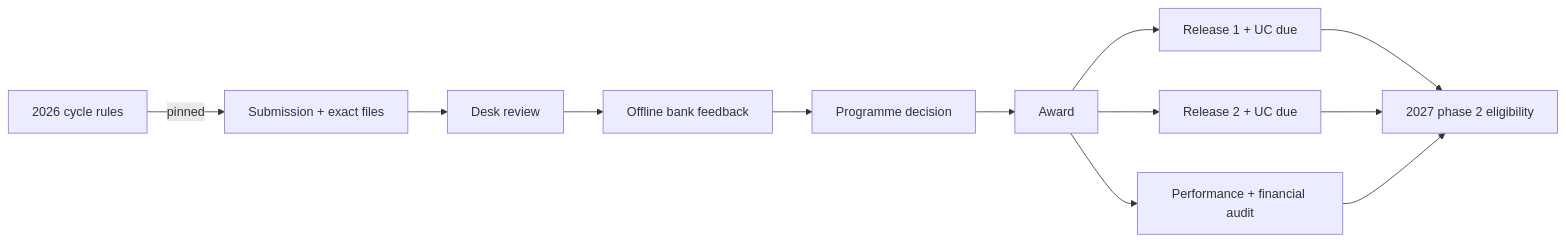
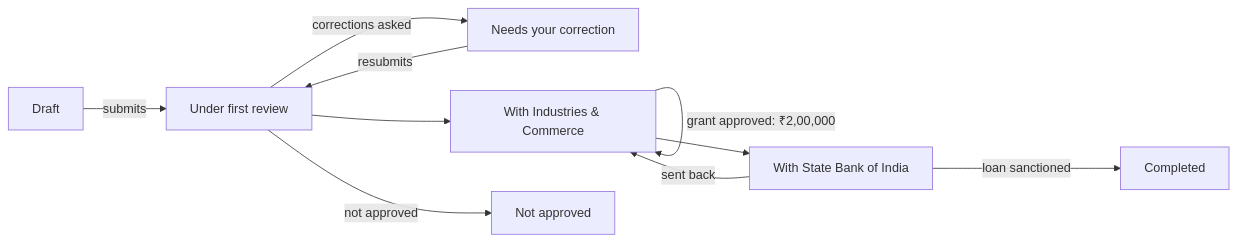
Before and after one commit to kuchuk-borom-debbarma/seb-backend: the second of 5 diagrams in docs/application-guide.md, drawn with Mermaid. The commit also changed other lines of this file and 15 other files, not shown here.

````diff
--- a/docs/application-guide.md
+++ b/docs/application-guide.md
@@ -79,14 +76,12 @@
 ```mermaid
 flowchart LR
-  C["2026 cycle rules"] -->|"pinned"| S["Submission + exact files"]
-  S --> D["Desk review"]
-  D --> B["Offline bank feedback"]
-  B --> T["Programme decision"]
-  T --> W["Award"]
-  W --> R1["Release 1 + UC due"]
-  W --> R2["Release 2 + UC due"]
-  W --> X["Performance + financial audit"]
-  R1 --> P2["2027 phase 2 eligibility"]
-  R2 --> P2
-  X --> P2
+  D["Draft"] -->|"submits"| T["Under first review"]
+  T -->|"corrections asked"| R["Needs your correction"]
+  R -->|"resubmits"| T
+  T --> I["With Industries & Commerce"]
+  I -->|"grant approved: ₹2,00,000"| I
+  I --> B["With State Bank of India"]
+  B -->|"sent back"| I
+  B -->|"loan sanctioned"| C["Completed"]
+  T -->|"not approved"| X["Not approved"]
 ```
````
